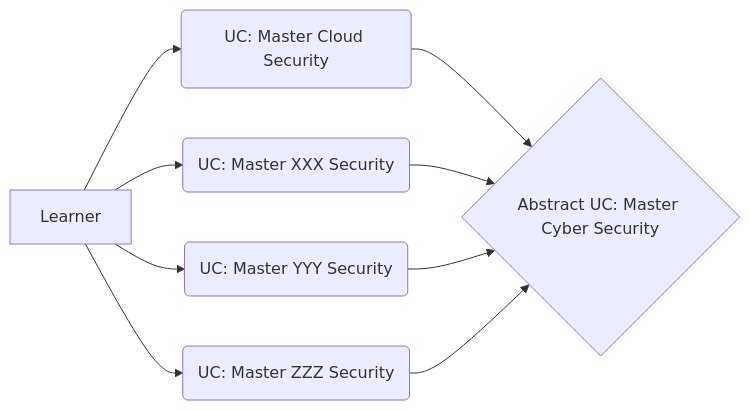
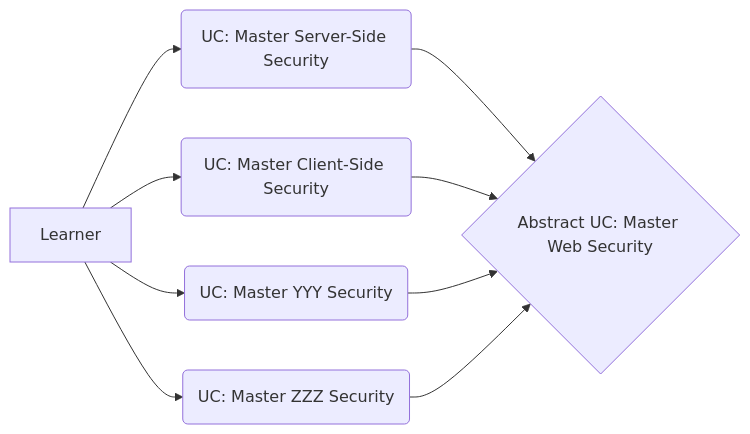
The diagram in index.qmd (vanHeemstraSystems/learning-web-security-use-cases), drawn with Mermaid before and after one commit. The commit also changed other lines of this file, not shown here.

````diff
--- a/index.qmd
+++ b/index.qmd
@@ -11,11 +11,11 @@
 ```{mermaid}
 flowchart LR
-  A[Learner] --> B(UC: Master Cloud Security)
-  A[Learner] --> C(UC: Master XXX Security)
+  A[Learner] --> B(UC: Master Server-Side Security)
+  A[Learner] --> C(UC: Master Client-Side Security)
   A[Learner] --> D(UC: Master YYY Security)
   A[Learner] --> E(UC: Master ZZZ Security)
-  B --> F{Abstract UC: Master Cyber Security}
-  C --> F{Abstract UC: Master Cyber Security}
-  D --> F{Abstract UC: Master Cyber Security}
-  E --> F{Abstract UC: Master Cyber Security}
+  B --> F{Abstract UC: Master Web Security}
+  C --> F{Abstract UC: Master Web Security}
+  D --> F{Abstract UC: Master Web Security}
+  E --> F{Abstract UC: Master Web Security}
 ```
````
